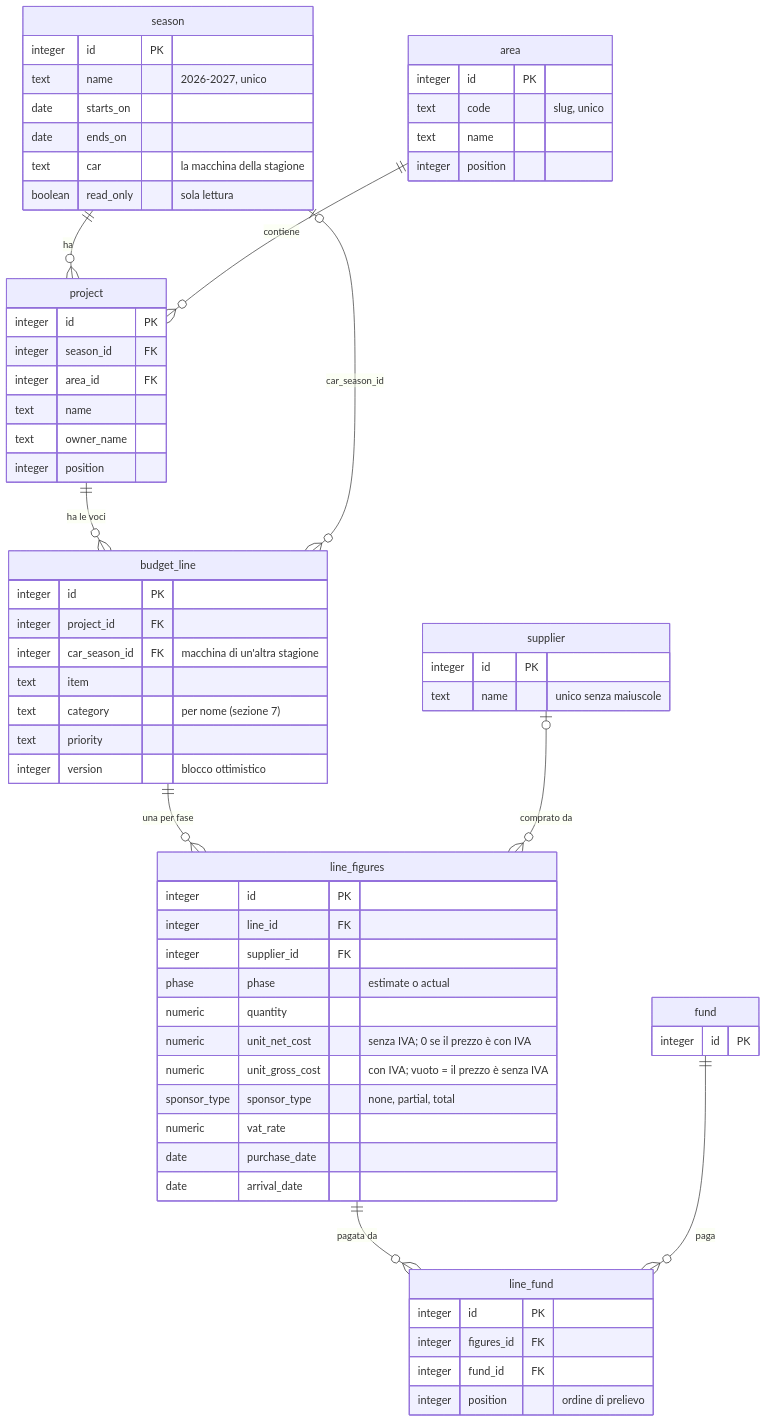
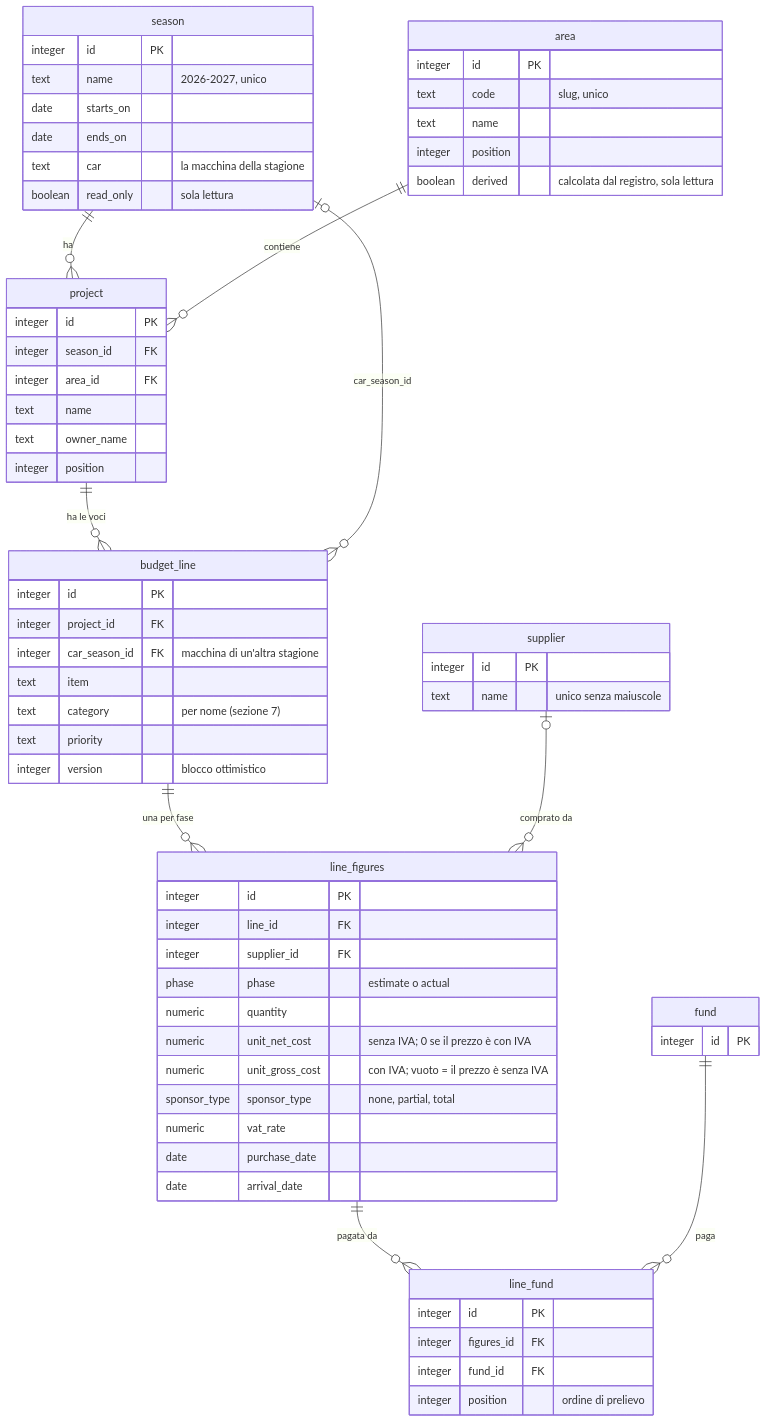
The second of 6 diagrams in docs/schema-database.md (KevinRomanello/Simple-configurable-ERP), drawn with Mermaid before and after one commit. The commit also changed other lines of this file and 45 other files, not shown here.

````diff
--- a/docs/schema-database.md
+++ b/docs/schema-database.md
@@ -52,69 +52,70 @@
 ```mermaid
 erDiagram
   season {
     integer id PK
     text name "2026-2027, unico"
     date starts_on
     date ends_on
     text car "la macchina della stagione"
     boolean read_only "sola lettura"
   }
   area {
     integer id PK
     text code "slug, unico"
     text name
     integer position
+    boolean derived "calcolata dal registro, sola lettura"
   }
   project {
     integer id PK
     integer season_id FK
     integer area_id FK
     text name
     text owner_name
     integer position
   }
   budget_line {
     integer id PK
     integer project_id FK
     integer car_season_id FK "macchina di un'altra stagione"
     text item
     text category "per nome (sezione 7)"
     text priority
     integer version "blocco ottimistico"
   }
   line_figures {
     integer id PK
     integer line_id FK
     integer supplier_id FK
     phase phase "estimate o actual"
     numeric quantity
     numeric unit_net_cost "senza IVA; 0 se il prezzo è con IVA"
     numeric unit_gross_cost "con IVA; vuoto = il prezzo è senza IVA"
     sponsor_type sponsor_type "none, partial, total"
     numeric vat_rate
     date purchase_date
     date arrival_date
   }
   line_fund {
     integer id PK
     integer figures_id FK
     integer fund_id FK
     integer position "ordine di prelievo"
   }
   supplier {
     integer id PK
     text name "unico senza maiuscole"
   }
   fund {
     integer id PK
   }
 
   season ||--o{ project : "ha"
   area ||--o{ project : "contiene"
   project ||--o{ budget_line : "ha le voci"
   season |o--o{ budget_line : "car_season_id"
   budget_line ||--o{ line_figures : "una per fase"
   supplier |o--o{ line_figures : "comprato da"
   line_figures ||--o{ line_fund : "pagata da"
   fund ||--o{ line_fund : "paga"
 ```
````
